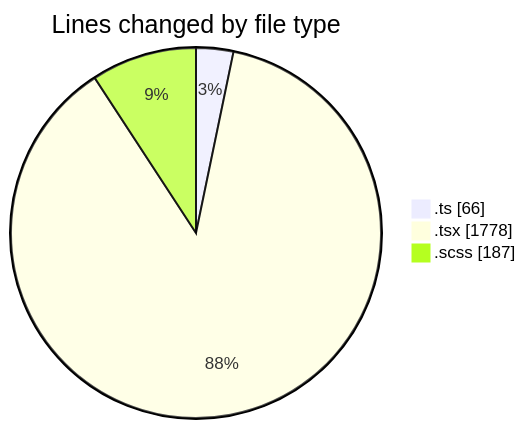
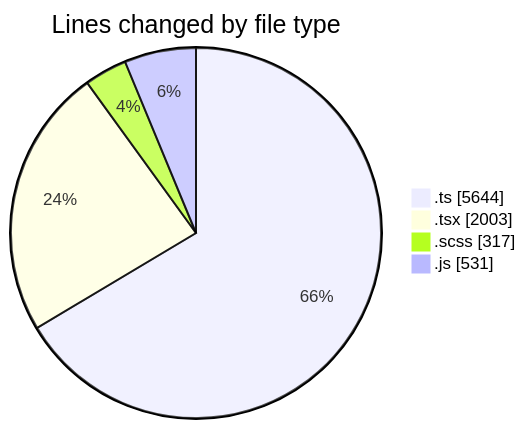
The first of 2 diagrams in 2025-03-21/cda/README.md (momahboobian/code-tracking), drawn with Mermaid before and after one commit. The commit also changed other lines of this file and 1 other file, not shown here.

````diff
--- a/2025-03-21/cda/README.md
+++ b/2025-03-21/cda/README.md
@@ -33,7 +40,8 @@
 ```mermaid
 pie showData
 title Lines changed by file type
-".ts" : 66
-".tsx" : 1778
-".scss" : 187
+".ts" : 5644
+".tsx" : 2003
+".scss" : 317
+".js" : 531
 ```
````
